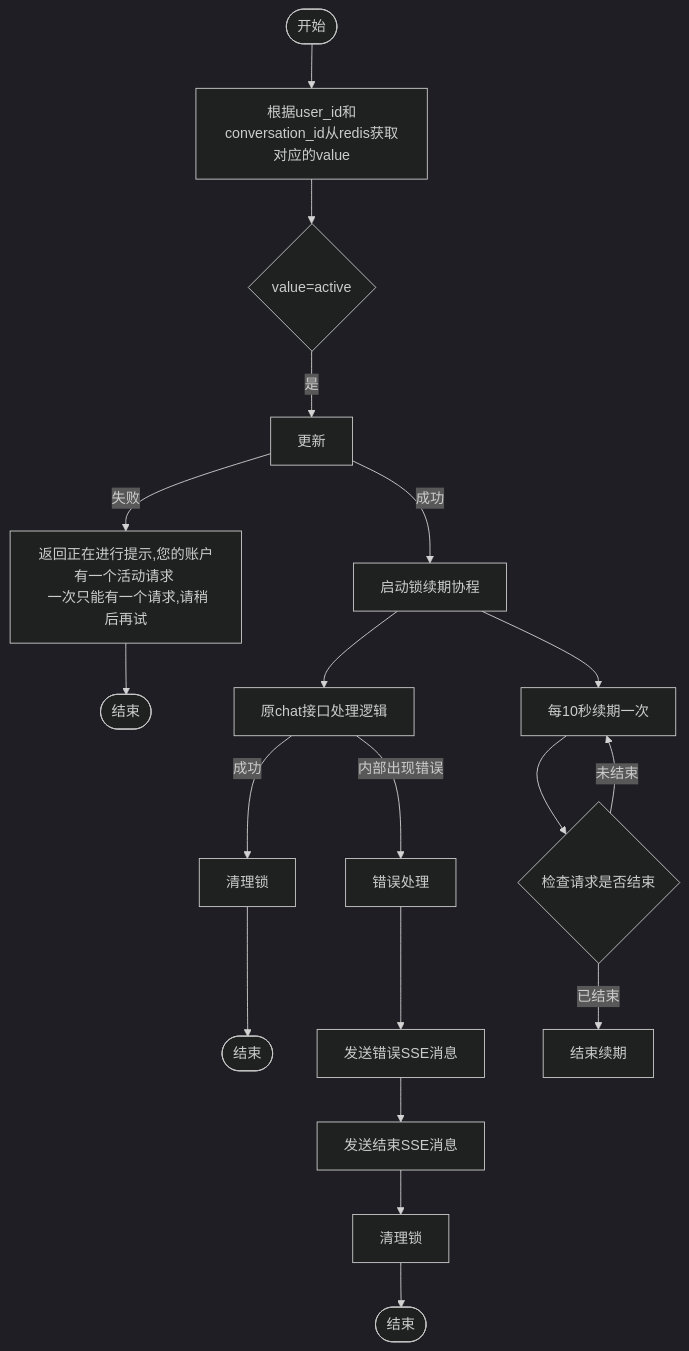
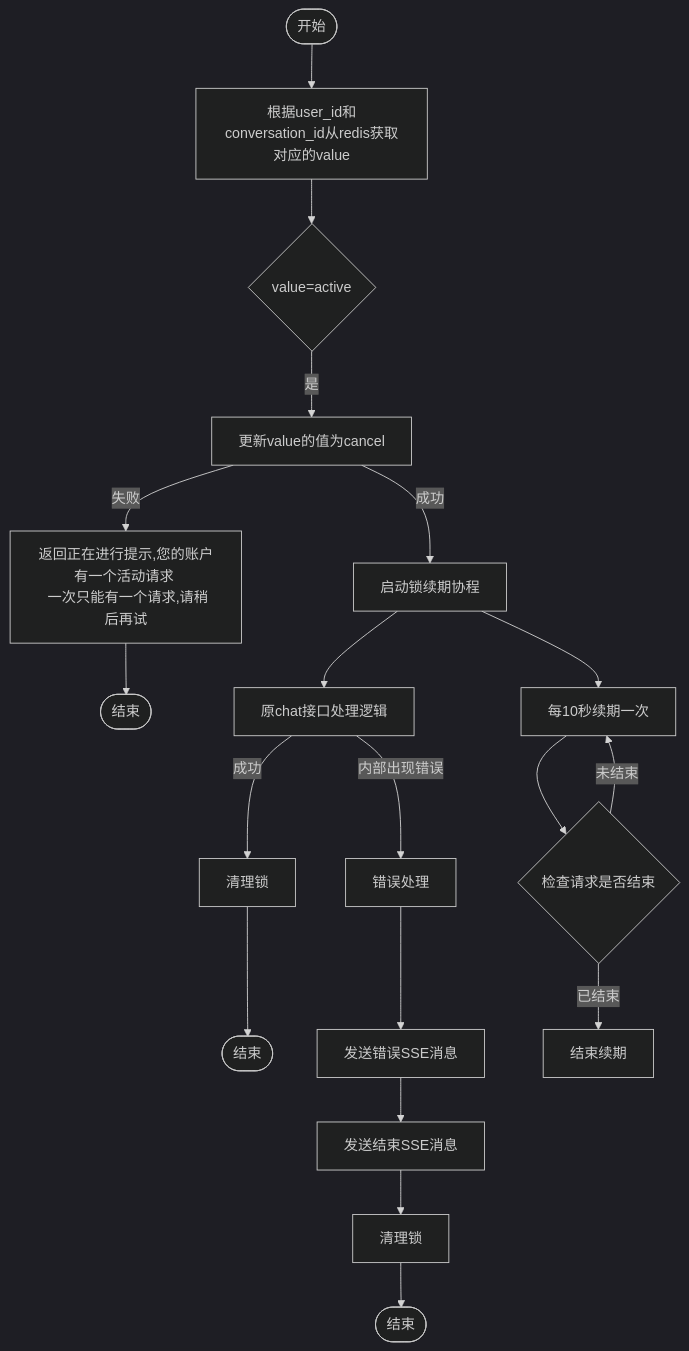
Before and after one commit to yingjianzh/iodraw-files: the diagram in all/未命名-20.md, drawn with Mermaid (dark theme).

Commit message:
2025-02-05 16:22:17 update

````diff
--- a/all/未命名-20.md
+++ b/all/未命名-20.md
@@ -1,30 +1,30 @@
 ```mermaid
 flowchart TD
     Start([开始]) --> A[根据user_id和conversation_id从redis获取对应的value]
     A --> B{value=active}
-    B --> |是| C[更新]
+    B --> |是| C[更新value的值为cancel]
     
     C -->|失败| D[返回正在进行提示,您的账户有一个活动请求 \n 一次只能有一个请求,请稍后再试]
     D --> End1([结束])
     
     C -->|成功| E[启动锁续期协程]
     E --> F[原chat接口处理逻辑]
     
     F -->|内部出现错误| G[错误处理]
      %% 正常结束流程
     F -->|成功| N[清理锁]
     N --> End3([结束])
     
     %% 错误处理流程
     G --> K[发送错误SSE消息]
     K --> L[发送结束SSE消息]
     L --> M[清理锁]
     M --> End2([结束])
     
     %% 锁续期协程
     E --> O[每10秒续期一次]
     O --> P{检查请求是否结束}
     P -->|未结束| O
     P -->|已结束| Q[结束续期]
 
 ```
````
